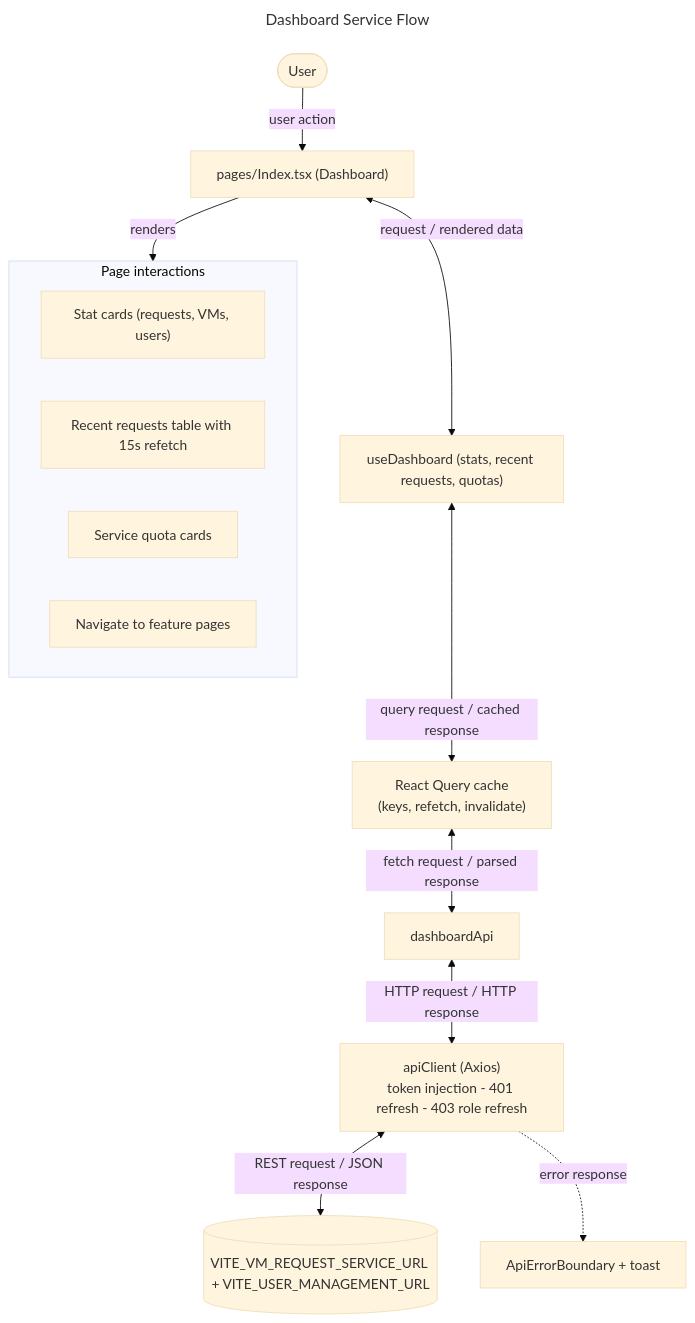
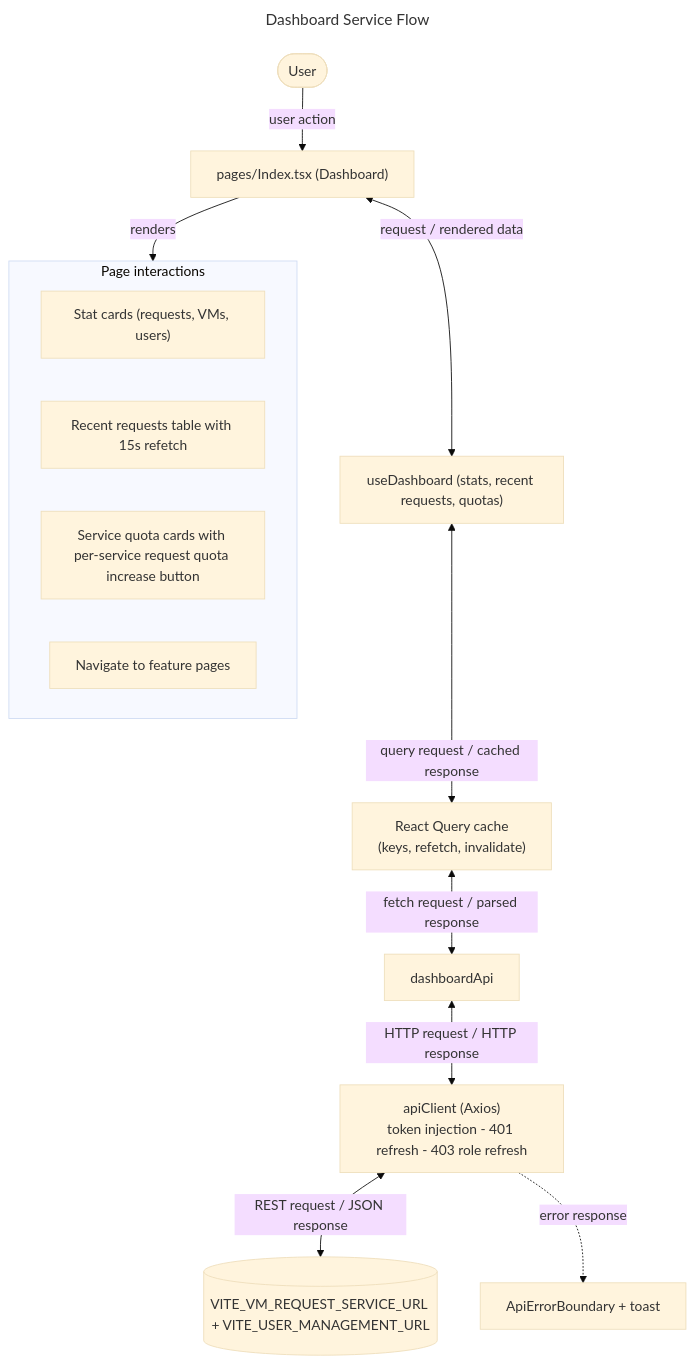
One commit to sayeeduddinofficial/user-table-view changed the diagram in docs/flowcharts/dashboard.mmd. Above: the diagram before and after it, drawn with Mermaid (base theme). The commit also changed 4 other files, not shown here.

```diff
--- a/docs/flowcharts/dashboard.mmd
+++ b/docs/flowcharts/dashboard.mmd
@@ -1,18 +1,18 @@
 ---
 title: Dashboard Service Flow
 ---
 flowchart TD
   U([User]) -->|"user action"| P["pages/Index.tsx (Dashboard)"]
   P <-->|"request / rendered data"| H["useDashboard (stats, recent requests, quotas)"]
   H <-->|"query request / cached response"| Q["React Query cache<br/>(keys, refetch, invalidate)"]
   Q <-->|"fetch request / parsed response"| A["dashboardApi"]
   A <-->|"HTTP request / HTTP response"| C["apiClient (Axios)<br/>token injection - 401 refresh - 403 role refresh"]
   C <-->|"REST request / JSON response"| S[("VITE_VM_REQUEST_SERVICE_URL + VITE_USER_MANAGEMENT_URL")]
   P -->|"renders"| UI
   subgraph UI[Page interactions]
     S0["Stat cards (requests, VMs, users)"]
     S1["Recent requests table with 15s refetch"]
-    S2["Service quota cards"]
+    S2["Service quota cards with per-service request quota increase button"]
     S3["Navigate to feature pages"]
   end
   C -. "error response" .-> E["ApiErrorBoundary + toast"]
```
